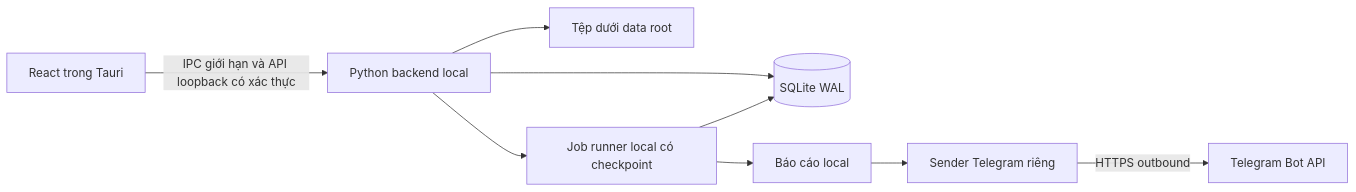
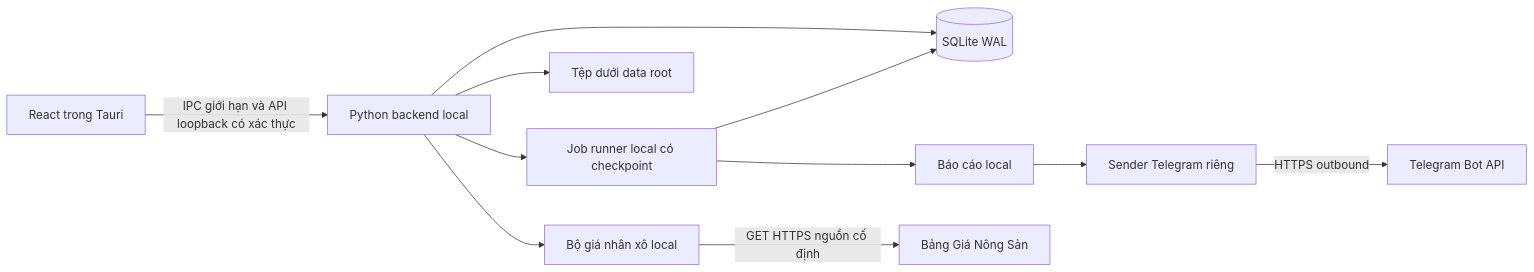
One commit to minh0407/cafe_fin changed the diagram in docs/ARCHITECTURE.md. Above: the diagram before and after it, drawn with Mermaid. The commit also changed other lines of this file and 12 other files, not shown here.

Commit message:
feat: isolate market source relay and verify local collector integration

````diff
--- a/docs/ARCHITECTURE.md
+++ b/docs/ARCHITECTURE.md
@@ -13,11 +13,13 @@
 ```mermaid
 flowchart LR
   UI[React trong Tauri] -->|IPC giới hạn và API loopback có xác thực| API[Python backend local]
   API --> DB[(SQLite WAL)]
   API --> FS[Tệp dưới data root]
   API --> JOB[Job runner local có checkpoint]
+  API --> MARKET[Bộ giá nhân xô local]
+  MARKET -->|GET HTTPS nguồn cố định| PRICE[Bảng Giá Nông Sản]
   JOB --> DB
   JOB --> REPORT[Báo cáo local]
   REPORT --> SEND[Sender Telegram riêng]
   SEND -->|HTTPS outbound| TELEGRAM[Telegram Bot API]
 ```
````
